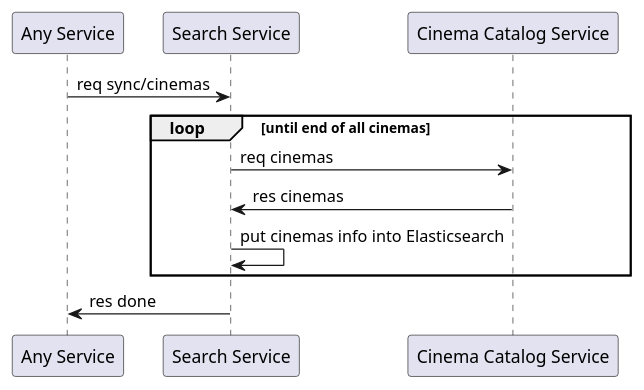
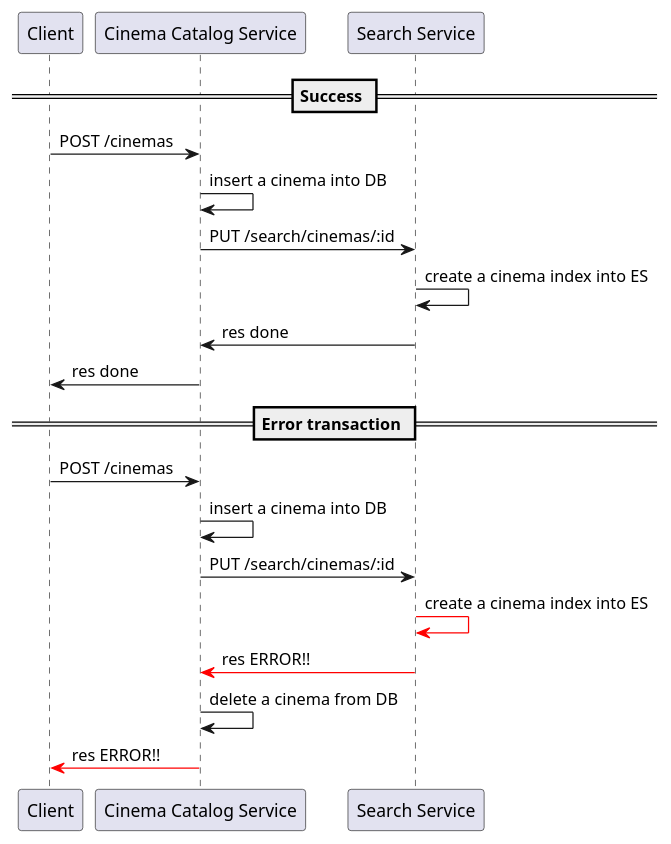
The first of 4 diagrams in search-service/Readme.md (DaisukeHirata/express-typescript-openapi3), drawn with PlantUML before and after one commit. The commit also changed other lines of this file, not shown here.

Commit message:
update search document

````diff
--- a/search-service/Readme.md
+++ b/search-service/Readme.md
@@ -15,15 +18,24 @@
 ```uml
 @startuml
 
-"Any Service" -> "Search Service": req sync/cinemas
+== Success ==
 
-loop until end of all cinemas
-  "Cinema Catalog Service" <- "Search Service": req cinemas
-  "Cinema Catalog Service" -> "Search Service": res cinemas
-  "Search Service" -> "Search Service": put cinemas info into Elasticsearch
-end
+"Client" -> "Cinema Catalog Service": POST /cinemas
+"Cinema Catalog Service" -> "Cinema Catalog Service": insert a cinema into DB
+"Cinema Catalog Service" -> "Search Service": PUT /search/cinemas/:id
+"Search Service" -> "Search Service": create a cinema index into ES
+"Cinema Catalog Service" <- "Search Service": res done
+"Client" <- "Cinema Catalog Service": res done
 
-"Any Service" <- "Search Service": res done
+== Error transaction ==
+
+"Client" -> "Cinema Catalog Service": POST /cinemas
+"Cinema Catalog Service" -> "Cinema Catalog Service": insert a cinema into DB
+"Cinema Catalog Service" -> "Search Service": PUT /search/cinemas/:id
+"Search Service" -[#red]> "Search Service": create a cinema index into ES
+"Cinema Catalog Service" <[#red]- "Search Service": res ERROR!!
+"Cinema Catalog Service" -> "Cinema Catalog Service": delete a cinema from DB
+"Client" <[#red]- "Cinema Catalog Service": res ERROR!!
 
 @enduml
 ```
````
